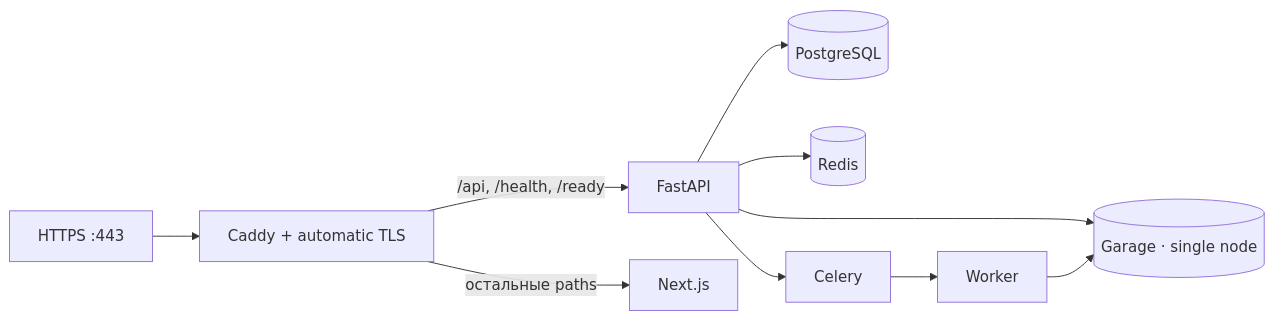
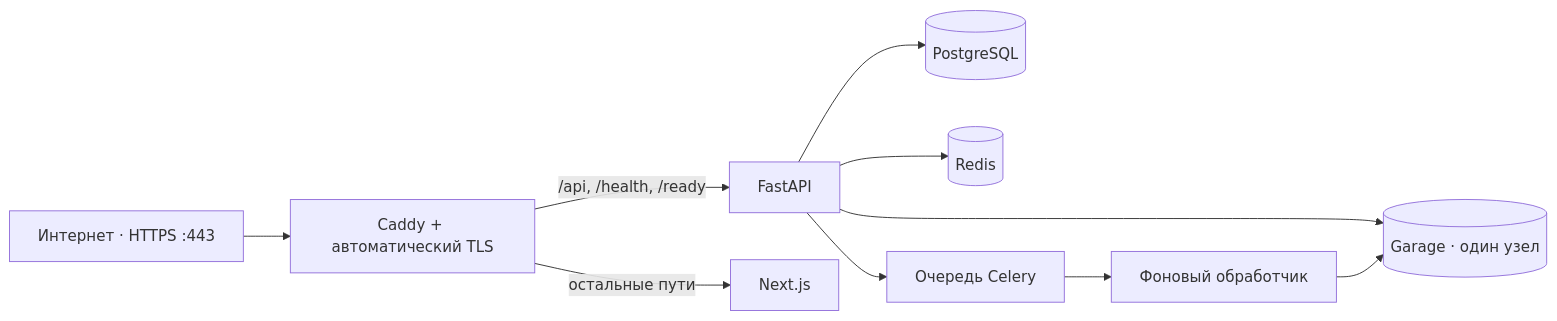
The diagram in docs/operations/public-demo.md (vladweat/docwise), drawn with Mermaid before and after one commit. The commit also changed other lines of this file and 51 other files, not shown here.

````diff
--- a/docs/operations/public-demo.md
+++ b/docs/operations/public-demo.md
@@ -11,12 +11,12 @@
 ```mermaid
 flowchart LR
-  Internet[HTTPS :443] --> Caddy[Caddy + automatic TLS]
+  Internet[Интернет · HTTPS :443] --> Caddy[Caddy + автоматический TLS]
   Caddy -->|/api, /health, /ready| API[FastAPI]
-  Caddy -->|остальные paths| UI[Next.js]
+  Caddy -->|остальные пути| UI[Next.js]
   API --> DB[(PostgreSQL)]
   API --> Redis[(Redis)]
-  API --> Garage[(Garage · single node)]
-  API --> Queue[Celery]
-  Queue --> Worker[Worker]
+  API --> Garage[(Garage · один узел)]
+  API --> Queue[Очередь Celery]
+  Queue --> Worker[Фоновый обработчик]
   Worker --> Garage
 ```
````
